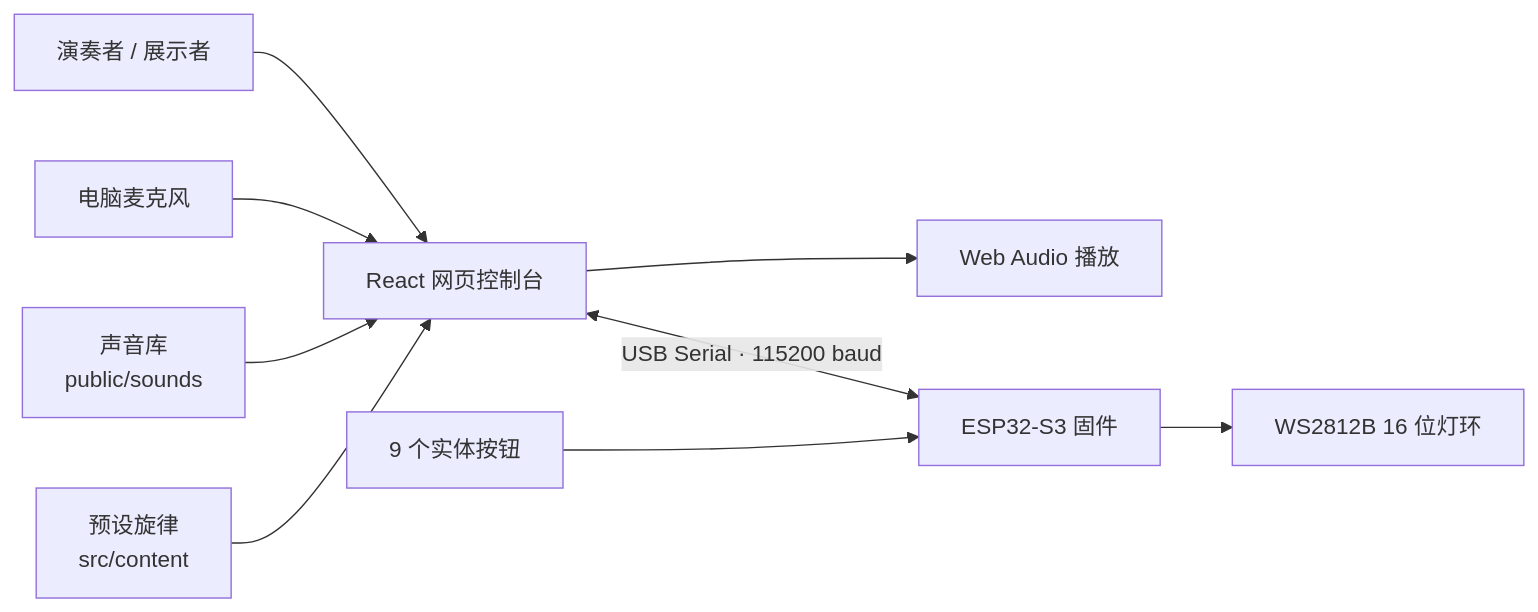
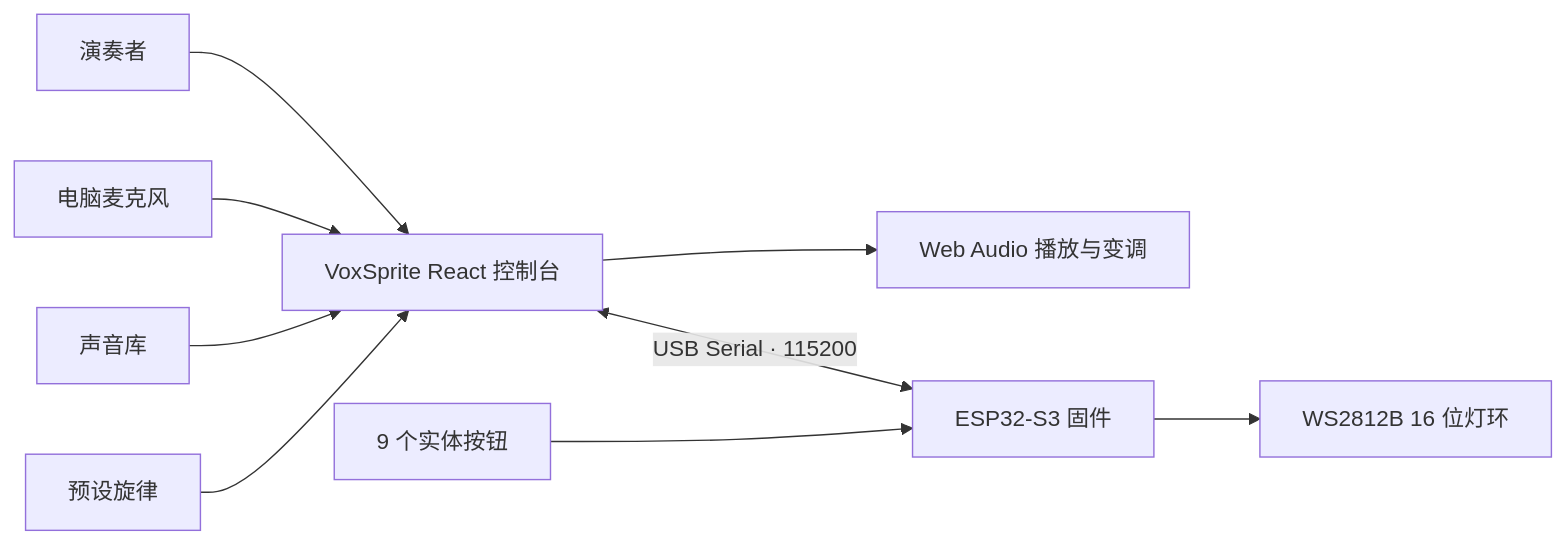
Before and after one commit to Jackey0903/AI-Builder: the diagram in README.md, drawn with Mermaid. The commit also changed other lines of this file and 8 other files, not shown here.

Commit message:
docs: rename project to VoxSprite

````diff
--- a/README.md
+++ b/README.md
@@ -98,11 +125,11 @@
 ```mermaid
 flowchart LR
-  Player["演奏者 / 展示者"] --> UI["React 网页控制台"]
+  Player["演奏者"] --> UI["VoxSprite React 控制台"]
   Mic["电脑麦克风"] --> UI
-  Library["声音库<br/>public/sounds"] --> UI
-  Presets["预设旋律<br/>src/content"] --> UI
-  UI --> Audio["Web Audio 播放"]
-  UI <-->|"USB Serial · 115200 baud"| ESP["ESP32-S3 固件"]
+  Library["声音库"] --> UI
+  Presets["预设旋律"] --> UI
+  UI --> Audio["Web Audio 播放与变调"]
+  UI <-->|"USB Serial · 115200"| ESP["ESP32-S3 固件"]
   Buttons["9 个实体按钮"] --> ESP
   ESP --> LED["WS2812B 16 位灯环"]
 ```
````
